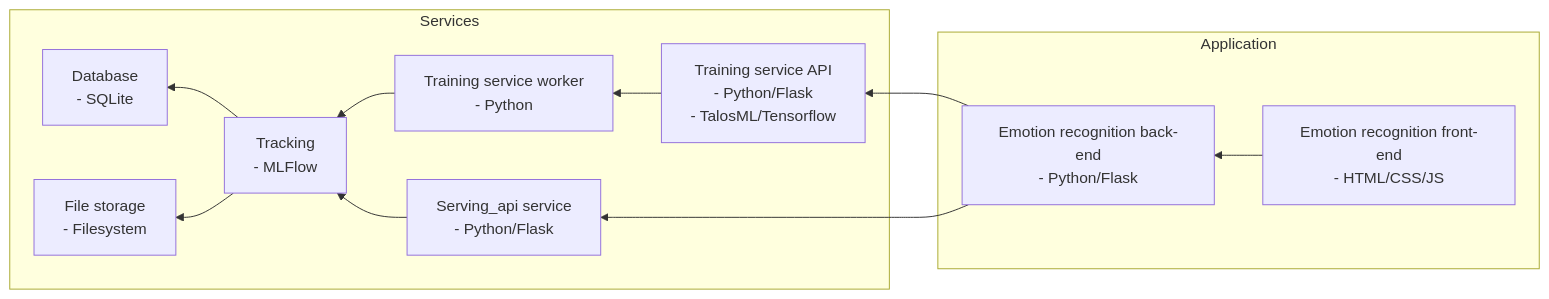
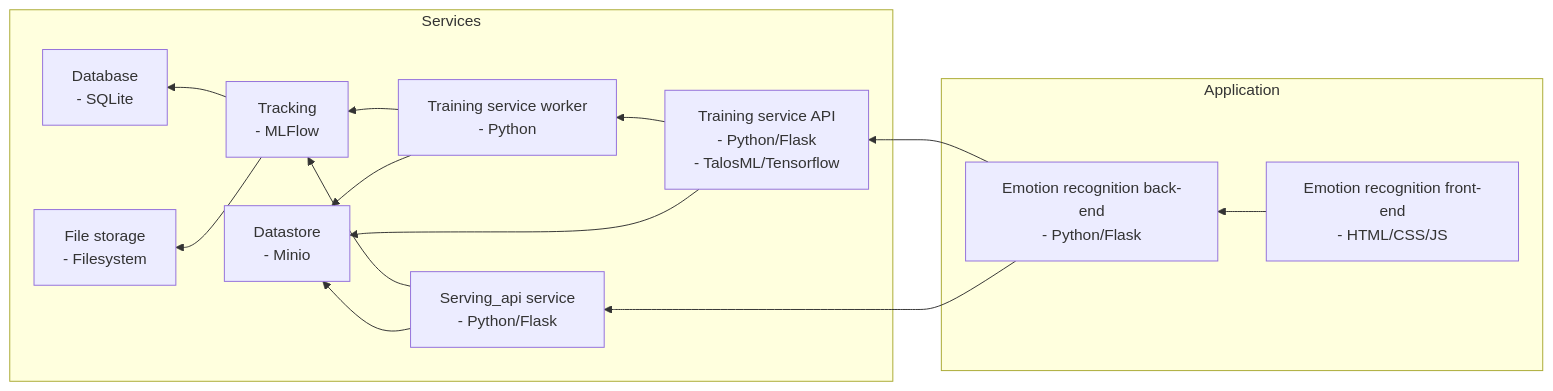
One commit to Research-Center-Data-Intelligence/CHIMP changed the diagram in README.md. Above: the diagram before and after it, drawn with Mermaid. The commit also changed other lines of this file, not shown here.

````diff
--- a/README.md
+++ b/README.md
@@ -25,16 +26,19 @@
 ```mermaid
 graph RL
 ;
     subgraph Application
         afe[Emotion recognition front-end<br/>- HTML/CSS/JS] --> abe[Emotion recognition back-end<br/>- Python/Flask];
     end
     abe --> tapi[Training service API<br/>- Python/Flask<br/>- TalosML/Tensorflow];
     abe --> srv[Serving_api service<br/>- Python/Flask];
     subgraph Services
         tapi --> twork[Training service worker<br/>- Python];
         twork --> mlf[Tracking<br/>- MLFlow];
         srv --> mlf;
         mlf --> db[Database<br/>- SQLite];
         mlf --> fs[File storage<br/>- Filesystem];
+        srv --> ds[Datastore<br/>- Minio];
+        tapi --> ds;
+        twork --> ds;
     end
 ```
````
